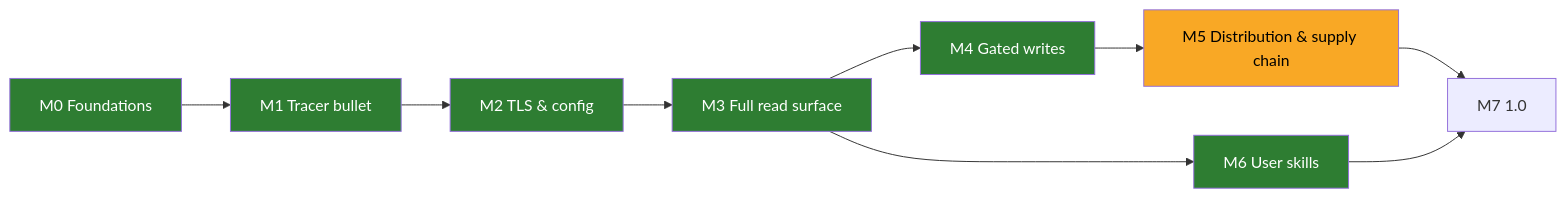
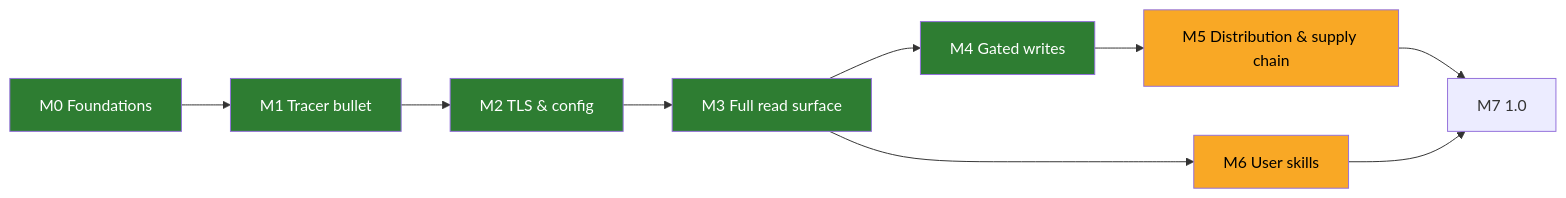
The diagram in ROADMAP.md (rodrigorjsf/langfuse-api-mcp), drawn with Mermaid before and after one commit. The commit also changed other lines of this file and 4 other files, not shown here.

````diff
--- a/ROADMAP.md
+++ b/ROADMAP.md
@@ -5,15 +5,15 @@
 ```mermaid
 flowchart LR
   M0[M0 Foundations] --> M1[M1 Tracer bullet]
   M1 --> M2[M2 TLS & config]
   M2 --> M3[M3 Full read surface]
   M3 --> M4[M4 Gated writes]
   M4 --> M5[M5 Distribution & supply chain]
   M3 --> M6[M6 User skills]
   M5 --> M7[M7 1.0]
   M6 --> M7
   classDef done fill:#2e7d32,color:#fff;
   classDef next fill:#f9a825,color:#000;
-  class M0,M1,M2,M3,M4,M6 done;
-  class M5 next;
+  class M0,M1,M2,M3,M4 done;
+  class M5,M6 next;
 ```
````
